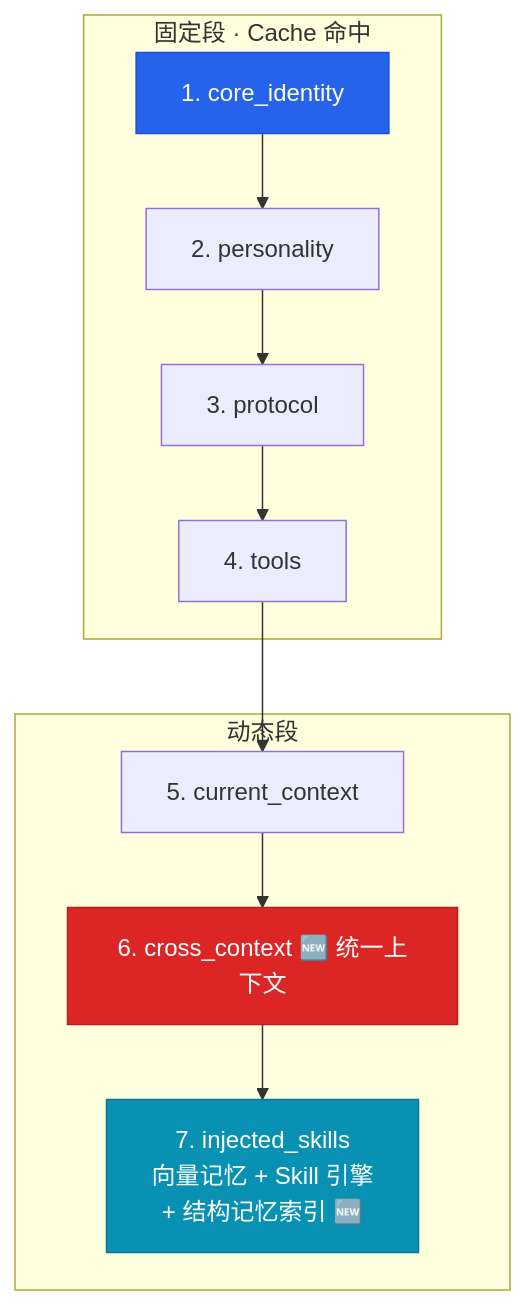
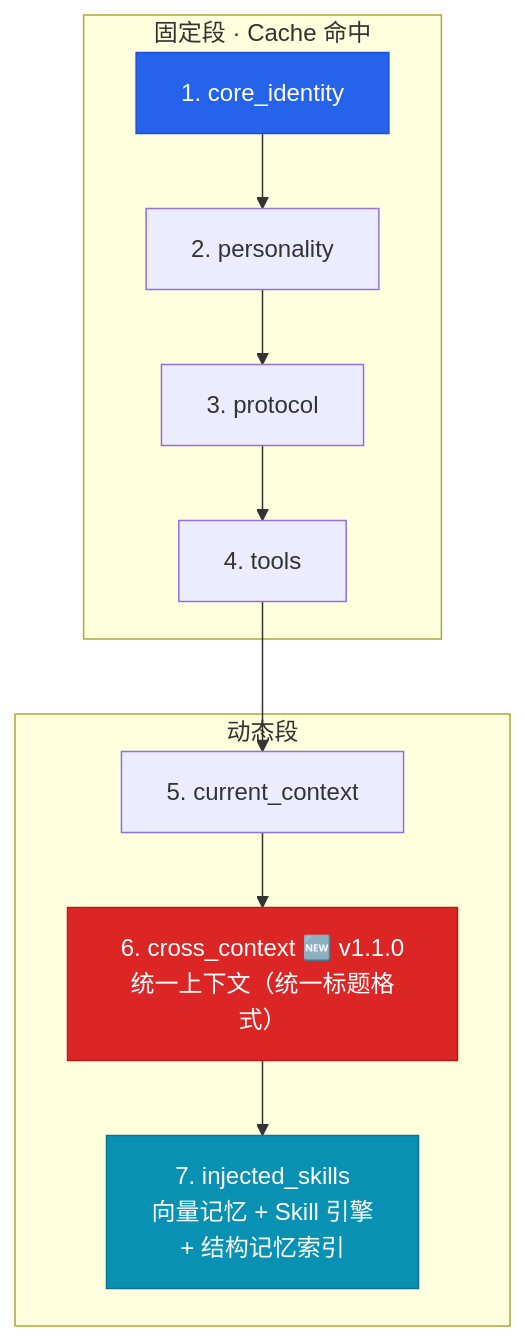
One commit to ShuAICFR/AIsChat changed the seventh of 7 diagrams in docs/AI认知架构三空间模型.md. Above: the diagram before and after it, drawn with Mermaid. The commit also changed other lines of this file and 7 other files, not shown here.

````diff
--- a/docs/AI认知架构三空间模型.md
+++ b/docs/AI认知架构三空间模型.md
@@ -253,19 +256,20 @@
 ```mermaid
 flowchart TB
     subgraph Fixed["固定段 · Cache 命中"]
         S1["1. core_identity"]
         S2["2. personality"]
         S3["3. protocol"]
         S4["4. tools"]
     end
     subgraph Dynamic["动态段"]
         S5["5. current_context"]
-        S6["6. cross_context 🆕 统一上下文"]
-        S7["7. injected_skills<br/>向量记忆 + Skill 引擎<br/>+ 结构记忆索引 🆕"]
+        S6["6. cross_context 🆕 v1.1.0<br/>统一上下文（统一标题格式）"]
+        S7["7. injected_skills<br/>向量记忆 + Skill 引擎<br/>+ 结构记忆索引"]
     end
     S1 --> S2 --> S3 --> S4 --> S5 --> S6 --> S7
 
     style S1 fill:#2563eb,stroke:#1d4ed8,color:#fff
     style S6 fill:#dc2626,stroke:#b91c1c,color:#fff
+
     style S7 fill:#0891b2,stroke:#0e7490,color:#fff
 ```
````
